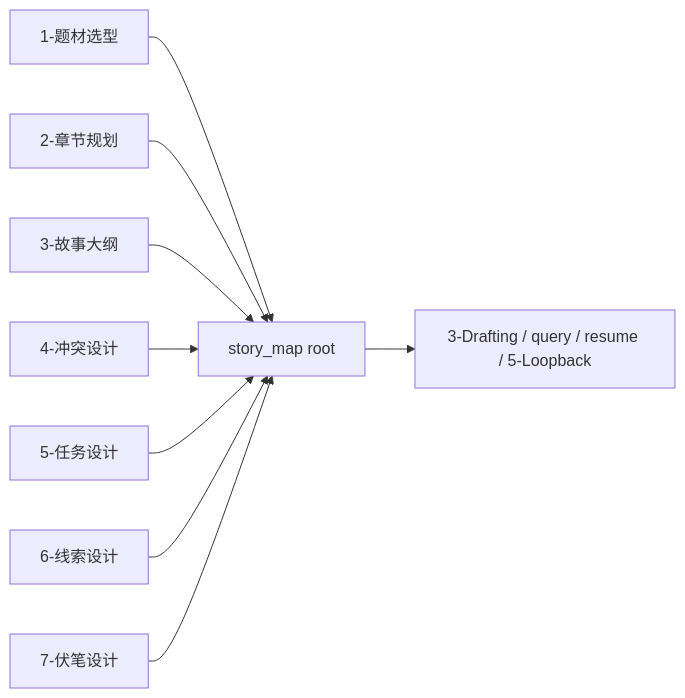
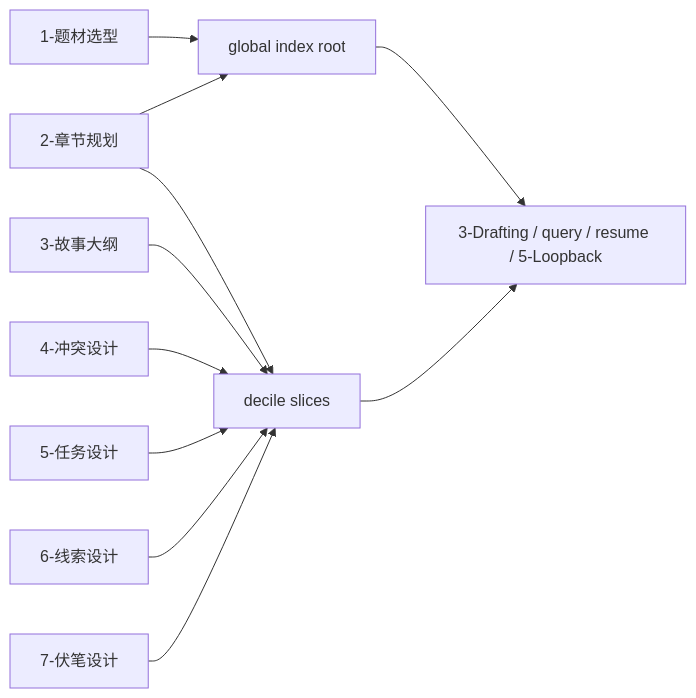
Before and after one commit to ZEN-VOID/AI-CUT: the third of 3 diagrams in .agents/skills/story/2-Planning/SKILL.md, drawn with Mermaid. The commit also changed other lines of this file and 118 other files, not shown here.

````diff
--- a/.agents/skills/story/2-Planning/SKILL.md
+++ b/.agents/skills/story/2-Planning/SKILL.md
@@ -214,11 +239,13 @@
 ```mermaid
 graph LR
-    A["1-题材选型"] --> R["story_map root"]
+    A["1-题材选型"] --> R["global index root"]
     B["2-章节规划"] --> R
-    C["3-故事大纲"] --> R
-    D["4-冲突设计"] --> R
-    E["5-任务设计"] --> R
-    F["6-线索设计"] --> R
-    G["7-伏笔设计"] --> R
+    B --> S["decile slices"]
+    C["3-故事大纲"] --> S
+    D["4-冲突设计"] --> S
+    E["5-任务设计"] --> S
+    F["6-线索设计"] --> S
+    G["7-伏笔设计"] --> S
     R --> X["3-Drafting / query / resume / 5-Loopback"]
+    S --> X
 ```
````
